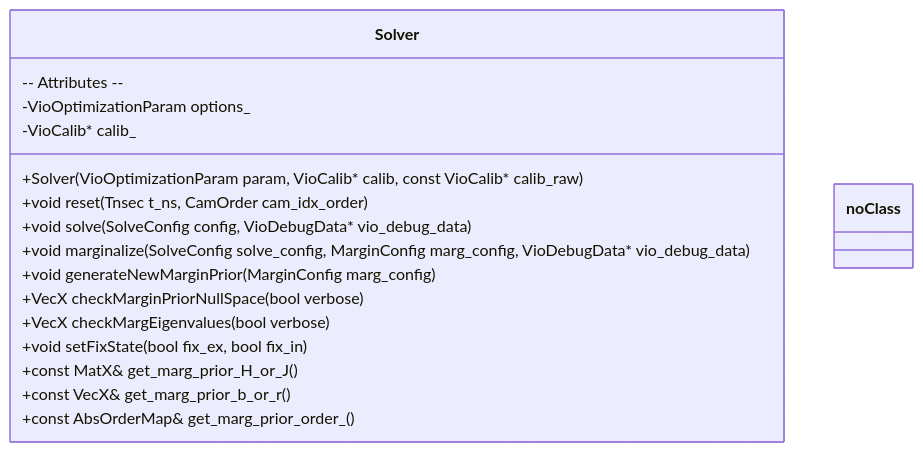
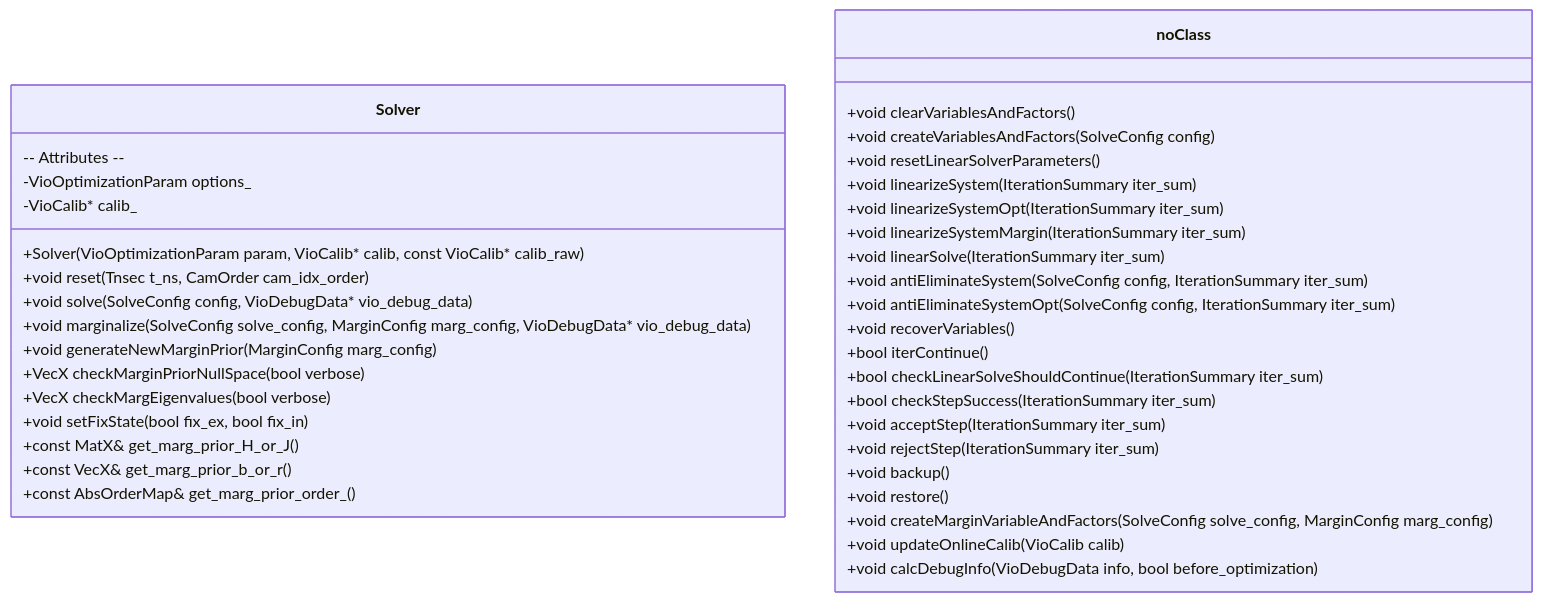
Before and after one commit to huzixuan1/iodraw-files: the diagram in all/未命名-2.md, drawn with Mermaid.

Commit message:
2025-04-16 21:10:12 update

````diff
--- a/all/未命名-2.md
+++ b/all/未命名-2.md
@@ -1,26 +1,45 @@
 ```mermaid
 classDiagram
 %% 命名空间 xr
 
 class Solver {
   +Solver(VioOptimizationParam param, VioCalib* calib, const VioCalib* calib_raw)
   +void reset(Tnsec t_ns, CamOrder cam_idx_order)
   +void solve(SolveConfig config, VioDebugData* vio_debug_data)
   +void marginalize(SolveConfig solve_config, MarginConfig marg_config, VioDebugData* vio_debug_data)
   +void generateNewMarginPrior(MarginConfig marg_config)
   +VecX checkMarginPriorNullSpace(bool verbose)
   +VecX checkMargEigenvalues(bool verbose)
   +void setFixState(bool fix_ex, bool fix_in)
   +const MatX& get_marg_prior_H_or_J()
   +const VecX& get_marg_prior_b_or_r()
   +const AbsOrderMap& get_marg_prior_order_()
   -- Attributes --
   -VioOptimizationParam options_
   -VioCalib* calib_
 }
 
-class noClass{
-
+class noClass {
+  +void clearVariablesAndFactors()
+  +void createVariablesAndFactors(SolveConfig config)
+  +void resetLinearSolverParameters()
+  +void linearizeSystem(IterationSummary iter_sum)
+  +void linearizeSystemOpt(IterationSummary iter_sum)
+  +void linearizeSystemMargin(IterationSummary iter_sum)
+  +void linearSolve(IterationSummary iter_sum)
+  +void antiEliminateSystem(SolveConfig config, IterationSummary iter_sum)
+  +void antiEliminateSystemOpt(SolveConfig config, IterationSummary iter_sum)
+  +void recoverVariables()
+  +bool iterContinue()
+  +bool checkLinearSolveShouldContinue(IterationSummary iter_sum)
+  +bool checkStepSuccess(IterationSummary iter_sum)
+  +void acceptStep(IterationSummary iter_sum)
+  +void rejectStep(IterationSummary iter_sum)
+  +void backup()
+  +void restore()
+  +void createMarginVariableAndFactors(SolveConfig solve_config, MarginConfig marg_config)
+  +void updateOnlineCalib(VioCalib calib)
+  +void calcDebugInfo(VioDebugData info, bool before_optimization)
 }
 
 ```
````
